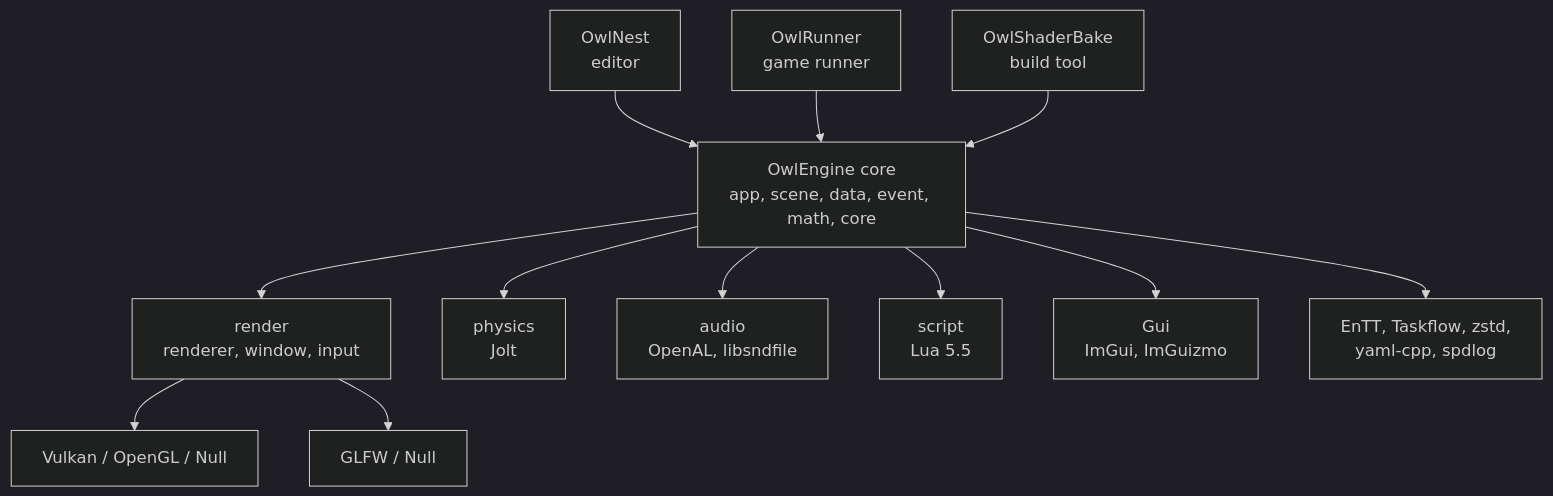
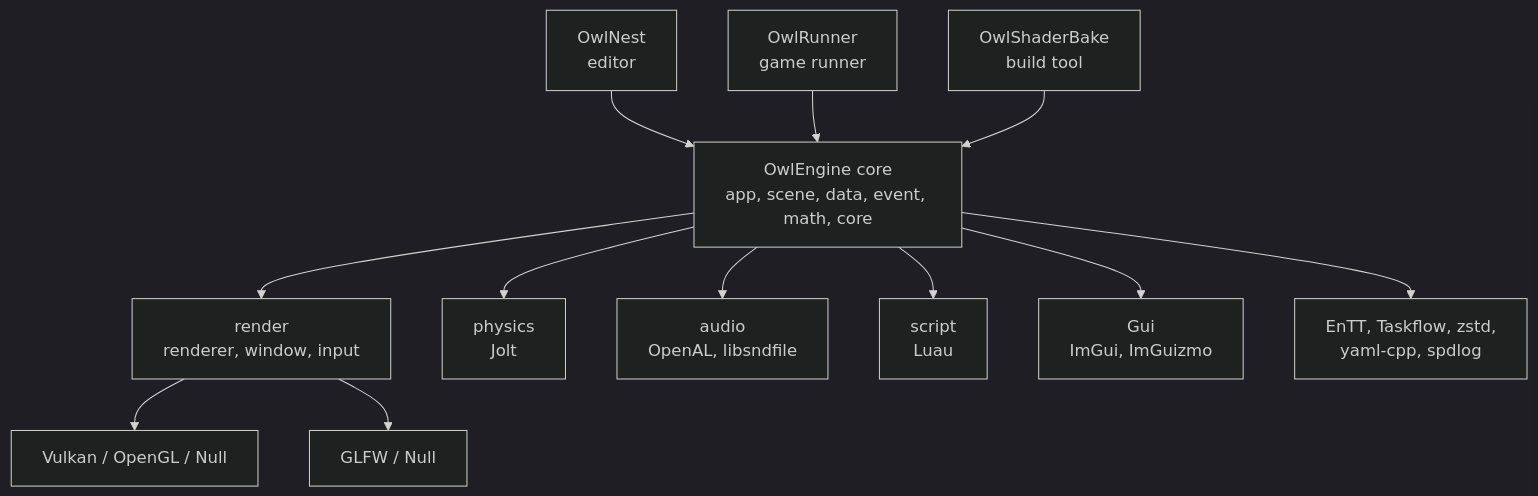
One commit to Silmaen/Owl changed the first of 6 diagrams in doc/pages/architecture.md. Above: the diagram before and after it, drawn with Mermaid (dark theme). The commit also changed other lines of this file and 292 other files, not shown here.

````diff
--- a/doc/pages/architecture.md
+++ b/doc/pages/architecture.md
@@ -11,14 +11,14 @@
 ```mermaid
 flowchart TD
     Nest["OwlNest<br/>editor"] --> Core
     Runner["OwlRunner<br/>game runner"] --> Core
     Bake["OwlShaderBake<br/>build tool"] --> Core
     Core["OwlEngine core<br/>app, scene, data, event, math, core"] --> Render["render<br/>renderer, window, input"]
     Core --> Phys["physics<br/>Jolt"]
     Core --> Audio["audio<br/>OpenAL, libsndfile"]
-    Core --> Script["script<br/>Lua 5.5"]
+    Core --> Script["script<br/>Luau"]
     Core --> Gui["Gui<br/>ImGui, ImGuizmo"]
     Core --> Deps["EnTT, Taskflow, zstd,<br/>yaml-cpp, spdlog"]
     Render --> Gpu["Vulkan / OpenGL / Null"]
     Render --> Glfw["GLFW / Null"]
 ```
````
